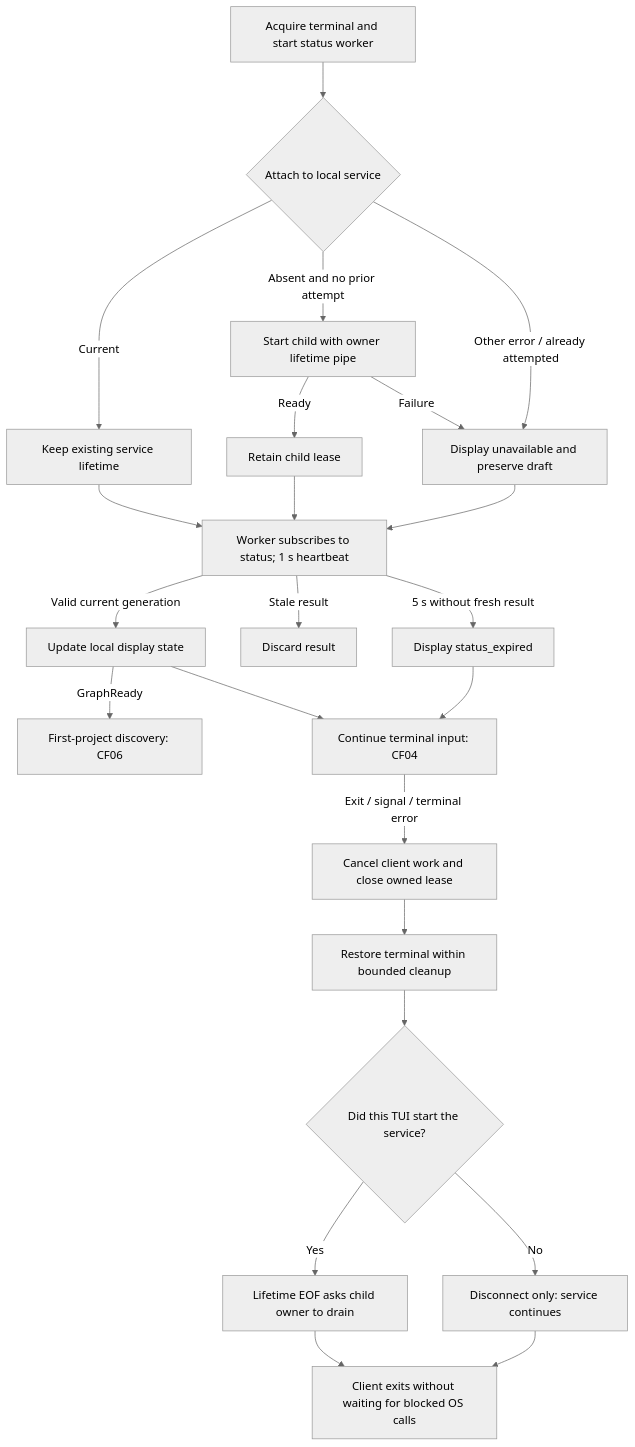
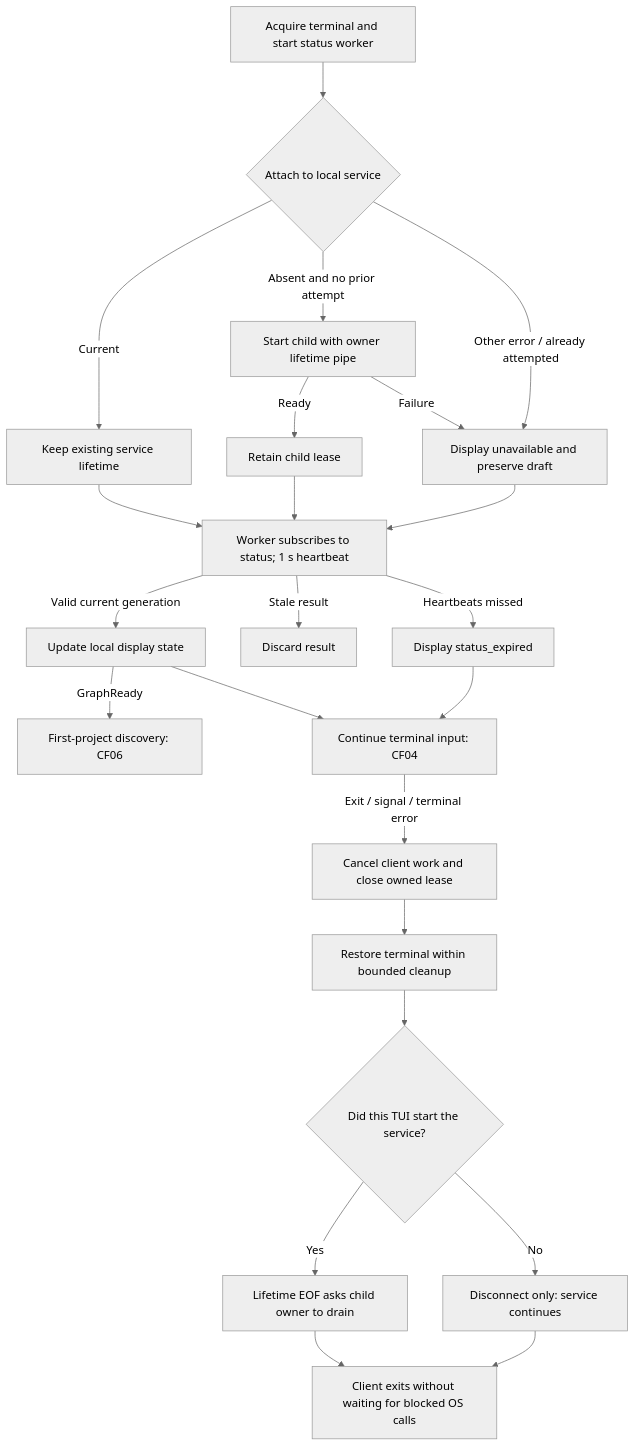
Before and after one commit to pidster/asura: the fourth of 18 diagrams in docs/designs/command-flows.md, drawn with Mermaid (neutral theme). The commit also changed other lines of this file and 39 other files, not shown here.

````diff
--- a/docs/designs/command-flows.md
+++ b/docs/designs/command-flows.md
@@ -110,25 +116,25 @@
 ```mermaid
 flowchart TD
     Begin["Acquire terminal and start status worker"] --> Attach{"Attach to local service"}
     Attach -->|Current| Independent["Keep existing service lifetime"]
     Attach -->|"Absent and no prior attempt"| Spawn["Start child with owner lifetime pipe"]
     Attach -->|"Other error / already attempted"| Unavailable["Display unavailable and preserve draft"]
     Spawn -->|Ready| Owned["Retain child lease"]
     Spawn -->|Failure| Unavailable
     Independent --> Inspect["Worker subscribes to status; 1 s heartbeat"]
     Owned --> Inspect
     Unavailable --> Inspect
     Inspect -->|"Valid current generation"| Display["Update local display state"]
     Inspect -->|"Stale result"| Ignore["Discard result"]
-    Inspect -->|"5 s without fresh result"| Expired["Display status_expired"]
+    Inspect -->|"Heartbeats missed"| Expired["Display status_expired"]
     Display -->|GraphReady| Discover["First-project discovery: CF06"]
     Display --> Input["Continue terminal input: CF04"]
     Expired --> Input
     Input -->|"Exit / signal / terminal error"| Cancel["Cancel client work and close owned lease"]
     Cancel --> Restore["Restore terminal within bounded cleanup"]
     Restore --> Own{"Did this TUI start the service?"}
     Own -->|Yes| Drain["Lifetime EOF asks child owner to drain"]
     Own -->|No| Leave["Disconnect only: service continues"]
     Drain --> End["Client exits without waiting for blocked OS calls"]
     Leave --> End
 ```
````
